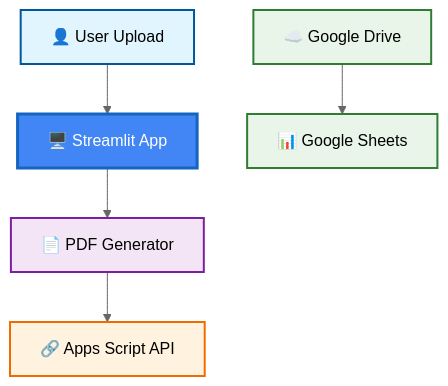
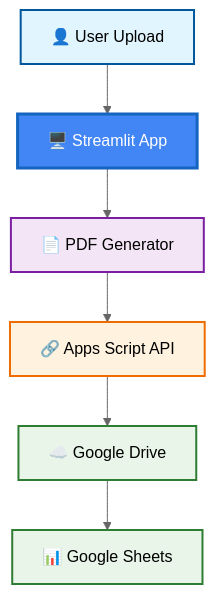
The first of 2 diagrams in README.md (Felipe-Aranda-INV/Google-Chiron.SxS_PDF_Generator), drawn with Mermaid (neutral theme) before and after one commit.

````diff
--- a/README.md
+++ b/README.md
@@ -11,15 +11,15 @@
 ```mermaid
 graph TD
     A[👤 User Upload] --> B[🖥️ Streamlit App]
     B --> C[📄 PDF Generator]
-    C --> E[🔗 Apps Script API]
+    C --> E[🔗 Apps Script API] --> D
     D[☁️ Google Drive] --> F[📊 Google Sheets]
     
     
     style A fill:#e1f5fe,stroke:#01579b,stroke-width:2px
     style B fill:#4285f4,color:#fff,stroke:#1565c0,stroke-width:3px
     style C fill:#f3e5f5,stroke:#7b1fa2,stroke-width:2px
     style D fill:#e8f5e8,stroke:#2e7d32,stroke-width:2px
     style E fill:#fff3e0,stroke:#ef6c00,stroke-width:2px
     style F fill:#e8f5e8,stroke:#2e7d32,stroke-width:2px
 ```
````
